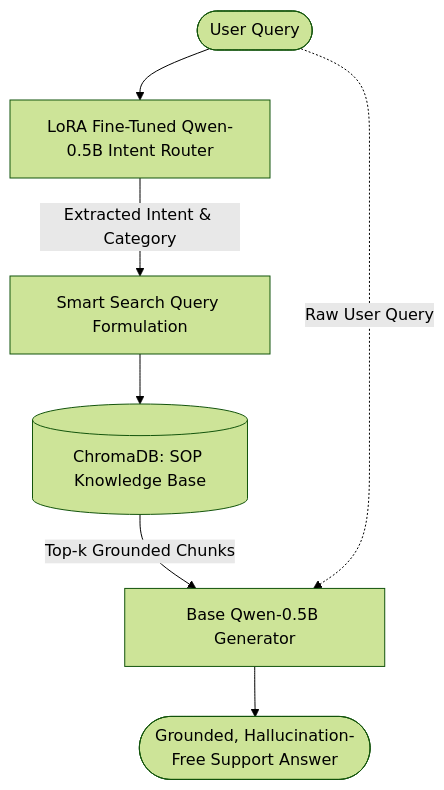
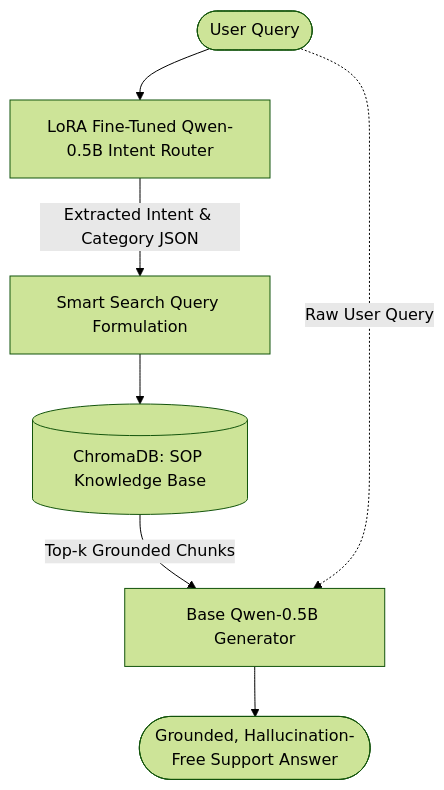
The diagram in README.md (Rakeshpawade/hybrid-rag-intent-lora), drawn with Mermaid (forest theme) before and after one commit. The commit also changed other lines of this file and 3 other files, not shown here.

Commit message:
Enhance README with live app link, UI overview, and evaluation charts

````diff
--- a/README.md
+++ b/README.md
@@ -24,9 +65,9 @@
 ```mermaid
 flowchart TD
     User([User Query]) --> Router[LoRA Fine-Tuned Qwen-0.5B Intent Router]
-    Router -->|Extracted Intent & Category| QueryBuilder[Smart Search Query Formulation]
+    Router -->|Extracted Intent & Category JSON| QueryBuilder[Smart Search Query Formulation]
     QueryBuilder --> VectorDB[(ChromaDB: SOP Knowledge Base)]
     VectorDB -->|Top-k Grounded Chunks| Generator[Base Qwen-0.5B Generator]
     User -.->|Raw User Query| Generator
     Generator --> Response([Grounded, Hallucination-Free Support Answer])
 ```
````
